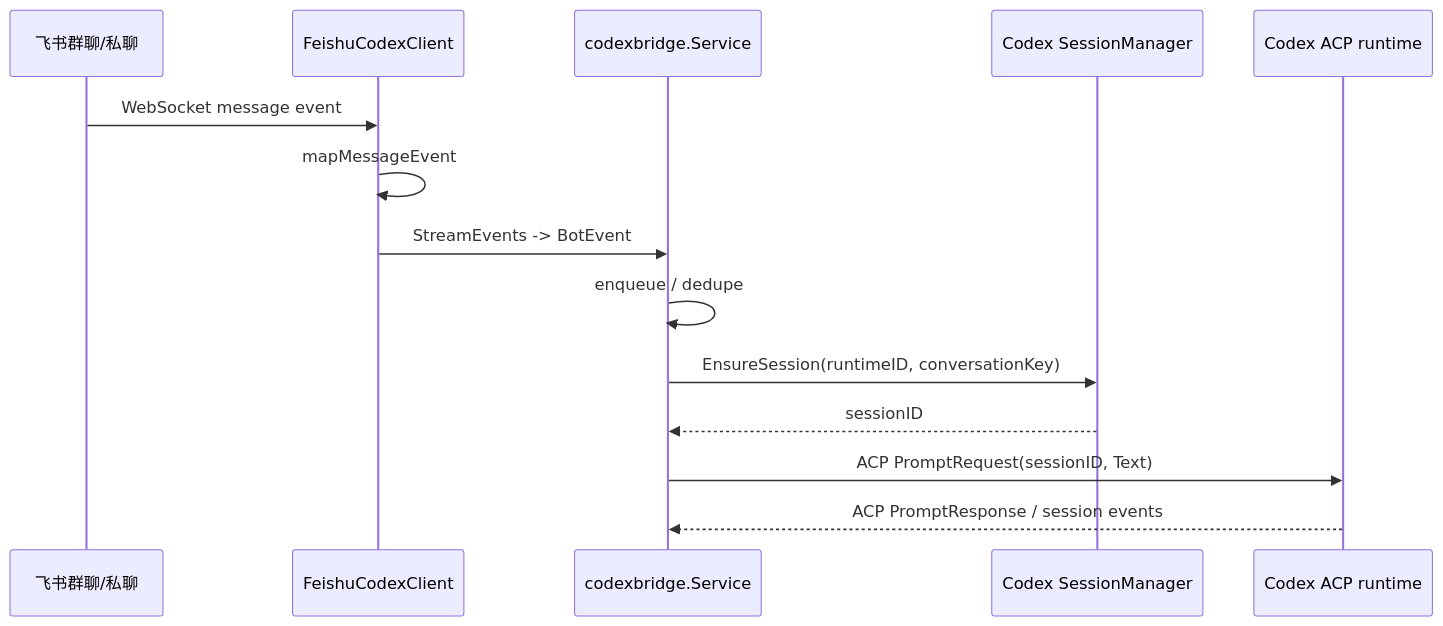
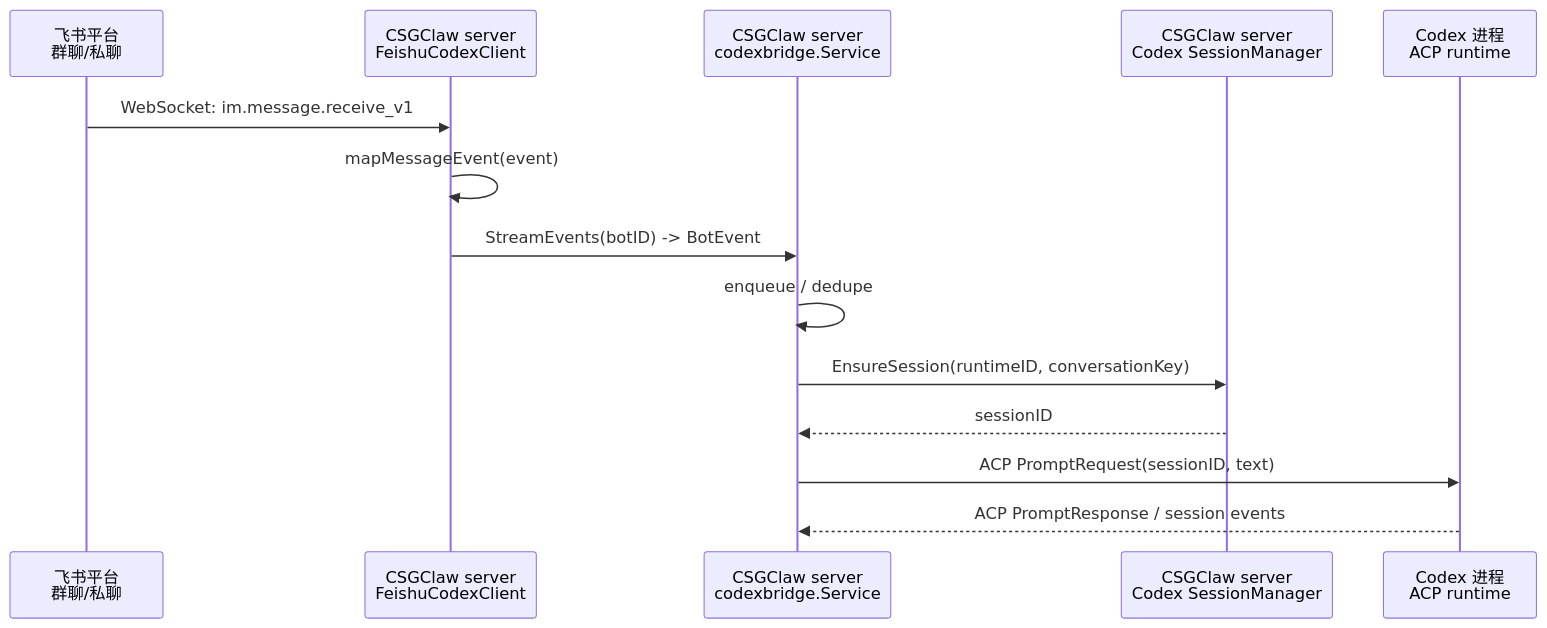
One commit to GatewayJ/csgclaw changed the seventh of 12 diagrams in docs/channel/codex-feishu.zh.md. Above: the diagram before and after it, drawn with Mermaid. The commit also changed other lines of this file, not shown here.

Commit message:
docs: label programs in feishu flow diagrams

````diff
--- a/docs/channel/codex-feishu.zh.md
+++ b/docs/channel/codex-feishu.zh.md
@@ -159,17 +160,17 @@
 ```mermaid
 sequenceDiagram
-    participant Feishu as 飞书群聊/私聊
-    participant Client as FeishuCodexClient
-    participant Bridge as codexbridge.Service
-    participant Session as Codex SessionManager
-    participant Codex as Codex ACP runtime
+    participant Feishu as 飞书平台<br/>群聊/私聊
+    participant Client as CSGClaw server<br/>FeishuCodexClient
+    participant Bridge as CSGClaw server<br/>codexbridge.Service
+    participant Session as CSGClaw server<br/>Codex SessionManager
+    participant Codex as Codex 进程<br/>ACP runtime
 
-    Feishu->>Client: WebSocket message event
-    Client->>Client: mapMessageEvent
-    Client->>Bridge: StreamEvents -> BotEvent
+    Feishu->>Client: WebSocket: im.message.receive_v1
+    Client->>Client: mapMessageEvent(event)
+    Client->>Bridge: StreamEvents(botID) -> BotEvent
     Bridge->>Bridge: enqueue / dedupe
     Bridge->>Session: EnsureSession(runtimeID, conversationKey)
     Session-->>Bridge: sessionID
-    Bridge->>Codex: ACP PromptRequest(sessionID, Text)
+    Bridge->>Codex: ACP PromptRequest(sessionID, text)
     Codex-->>Bridge: ACP PromptResponse / session events
 ```
````
